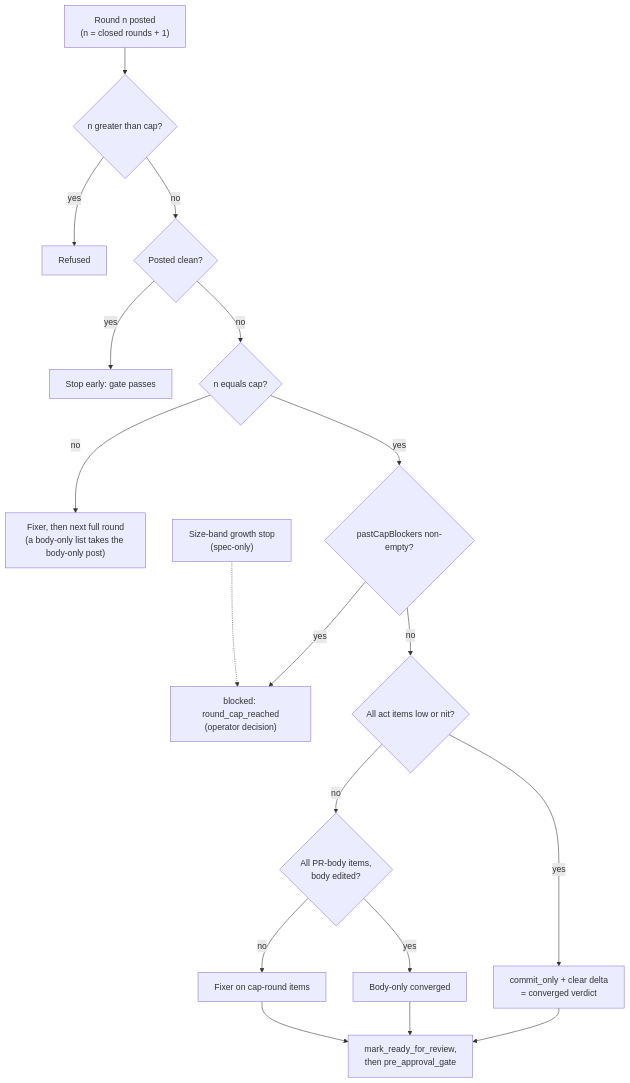
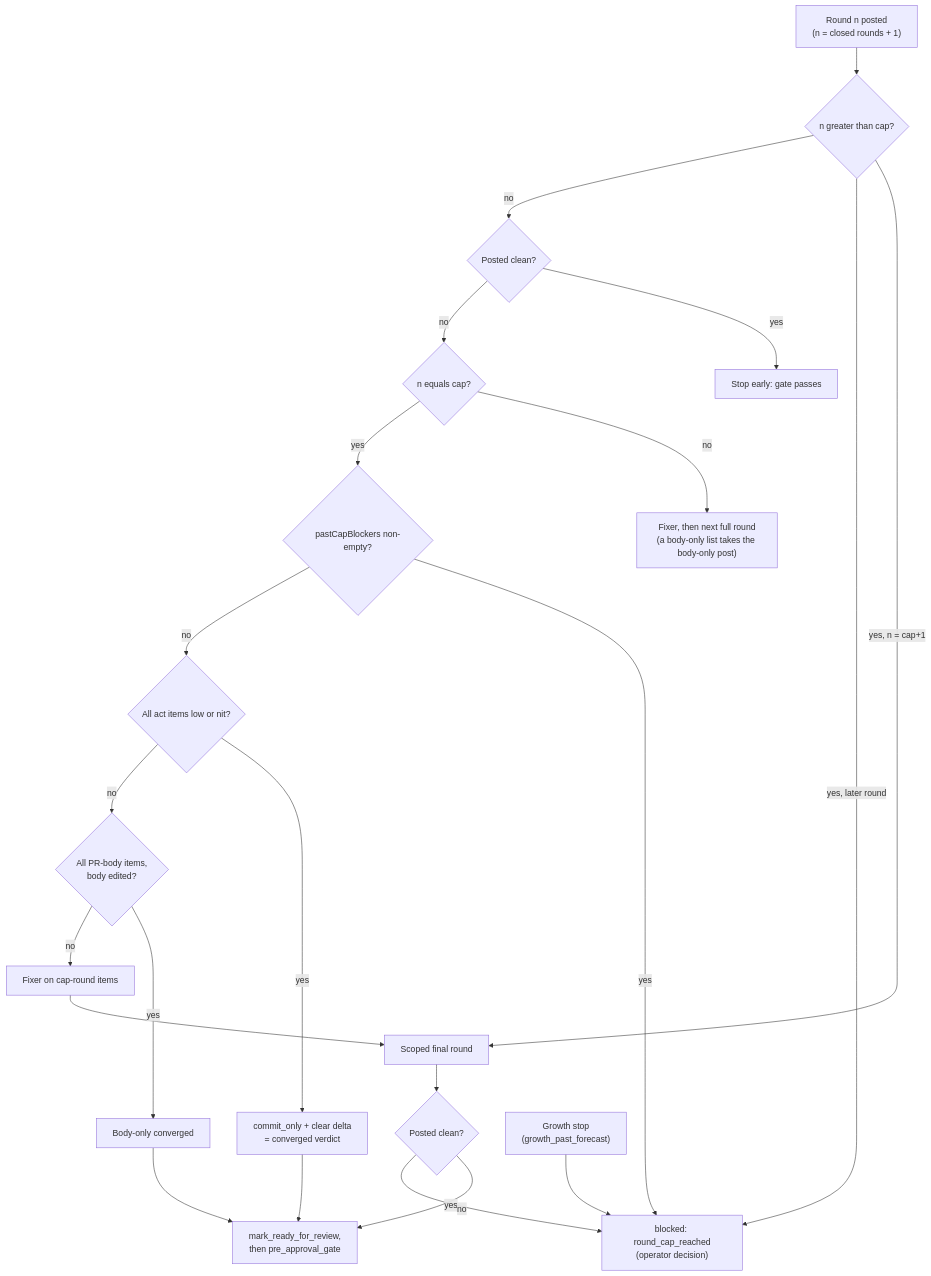
Before and after one commit to mfittko/dev-loops: the tenth of 12 diagrams in docs/atlas/05-gate-subloop.md, drawn with Mermaid. The commit also changed other lines of this file and 63 other files, not shown here.

First line of the commit message:
feat(gate): draft cap 2 with the scoped final round, growth brake, size_budget and ci blocked causes (#3631)

````diff
--- a/docs/atlas/05-gate-subloop.md
+++ b/docs/atlas/05-gate-subloop.md
@@ -280,20 +280,24 @@
 ```mermaid
 flowchart TD
   N["Round n posted<br/>(n = closed rounds + 1)"] --> RF{"n greater than cap?"}
-  RF -->|yes| REF["Refused"]
+  RF -->|"yes, n = cap+1"| SCP["Scoped final round"]
+  RF -->|"yes, later round"| HUM
+  SCP --> SCL{"Posted clean?"}
+  SCL -->|yes| RDY
+  SCL -->|no| HUM
   RF -->|no| CLN{"Posted clean?"}
   CLN -->|yes| PASS["Stop early: gate passes"]
   CLN -->|no| CAP{"n equals cap?"}
   CAP -->|no| FIX["Fixer, then next full round<br/>(a body-only list takes the body-only post)"]
   CAP -->|yes| BLK{"pastCapBlockers non-empty?"}
   BLK -->|yes| HUM["blocked: round_cap_reached<br/>(operator decision)"]
   BLK -->|no| LOW{"All act items low or nit?"}
   LOW -->|yes| CONV["commit_only + clear delta<br/>= converged verdict"]
   LOW -->|no| BODY{"All PR-body items,<br/>body edited?"}
   BODY -->|yes| BCONV["Body-only converged"]
   BODY -->|no| CFIX["Fixer on cap-round items"]
   CONV --> RDY["mark_ready_for_review,<br/>then pre_approval_gate"]
   BCONV --> RDY
-  CFIX --> RDY
-  SPEC["Size-band growth stop<br/>(spec-only)"] -.-> HUM
+  CFIX --> SCP
+  GROW["Growth stop<br/>(growth_past_forecast)"] --> HUM
 ```
````
